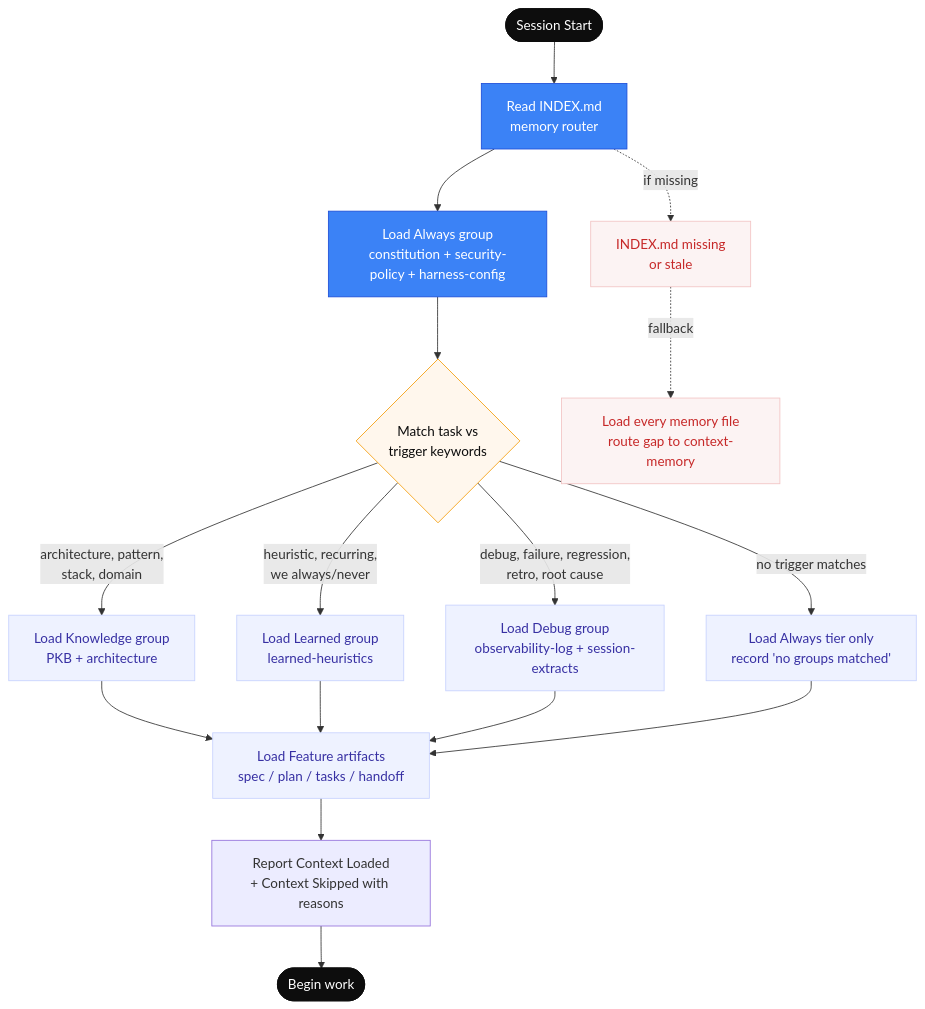
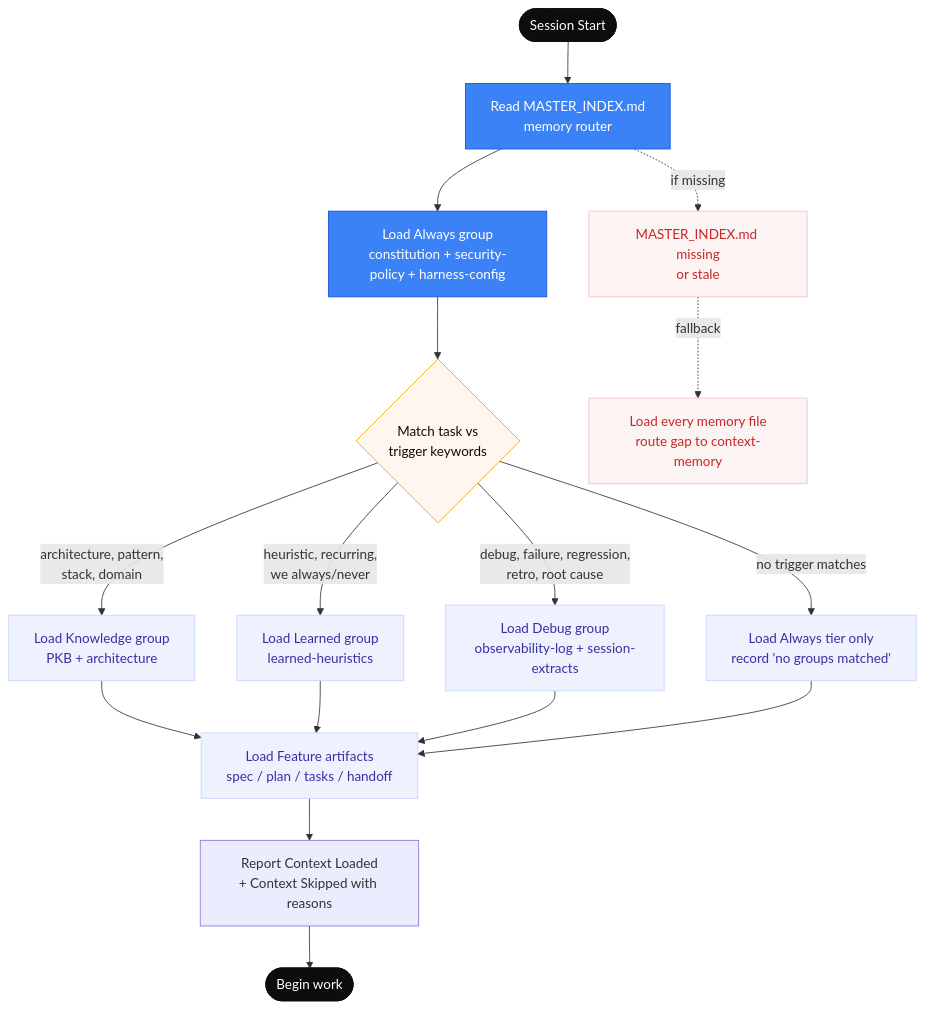
One commit to thaihai-swe/CoreZero-Nexus changed the second of 7 diagrams in documents/context-memory.md. Above: the diagram before and after it, drawn with Mermaid. The commit also changed other lines of this file and 51 other files, not shown here.

First line of the commit message:
Enhance session management and context validation

````diff
--- a/documents/context-memory.md
+++ b/documents/context-memory.md
@@ -112,37 +111,37 @@
 ```mermaid
 flowchart TD
     %% Smart Context Routing via INDEX.md
 
-    START([Session Start]) --> IDX[Read INDEX.md<br/>memory router]
+    START([Session Start]) --> IDX[Read MASTER_INDEX.md<br/>memory router]
     IDX --> ALWAYS[Load Always group<br/>constitution + security-policy + harness-config]
 
     ALWAYS --> MATCH{Match task vs<br/>trigger keywords}
 
     MATCH -->|architecture, pattern,<br/>stack, domain| KNOW[Load Knowledge group<br/>PKB + architecture]
     MATCH -->|heuristic, recurring,<br/>we always/never| LEARN[Load Learned group<br/>learned-heuristics]
     MATCH -->|debug, failure, regression,<br/>retro, root cause| DEBUG[Load Debug group<br/>observability-log + session-extracts]
     MATCH -->|no trigger matches| SKIP[Load Always tier only<br/>record 'no groups matched']
 
     KNOW --> FEAT[Load Feature artifacts<br/>spec / plan / tasks / handoff]
     LEARN --> FEAT
     DEBUG --> FEAT
     SKIP --> FEAT
 
     FEAT --> REPORT[Report Context Loaded<br/>+ Context Skipped with reasons]
     REPORT --> WORK([Begin work])
 
-    STALE[INDEX.md missing<br/>or stale] -.->|fallback| ALL[Load every memory file<br/>route gap to context-memory]
+    STALE[MASTER_INDEX.md missing<br/>or stale] -.->|fallback| ALL[Load every memory file<br/>route gap to context-memory]
     IDX -.->|if missing| STALE
 
     classDef terminal fill:#0d0d0d,stroke:#0d0d0d,color:#fff
     classDef router fill:#3b82f6,stroke:#1d4ed8,color:#fff
     classDef group fill:#eef2ff,stroke:#c7d2fe,color:#3730a3
     classDef decision fill:#fff7ed,stroke:#f59e0b,color:#0d0d0d
     classDef fallback fill:#fcf3f3,stroke:#f2c4c4,color:#c62828
 
     class START,WORK terminal
     class IDX,ALWAYS router
     class KNOW,LEARN,DEBUG,SKIP,FEAT group
     class MATCH decision
     class STALE,ALL fallback
 ```
````
